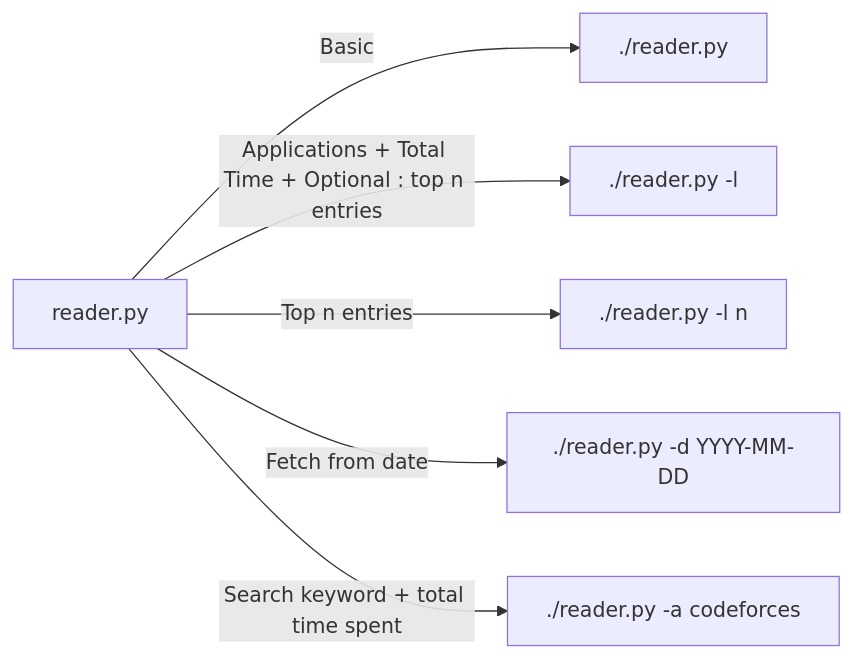
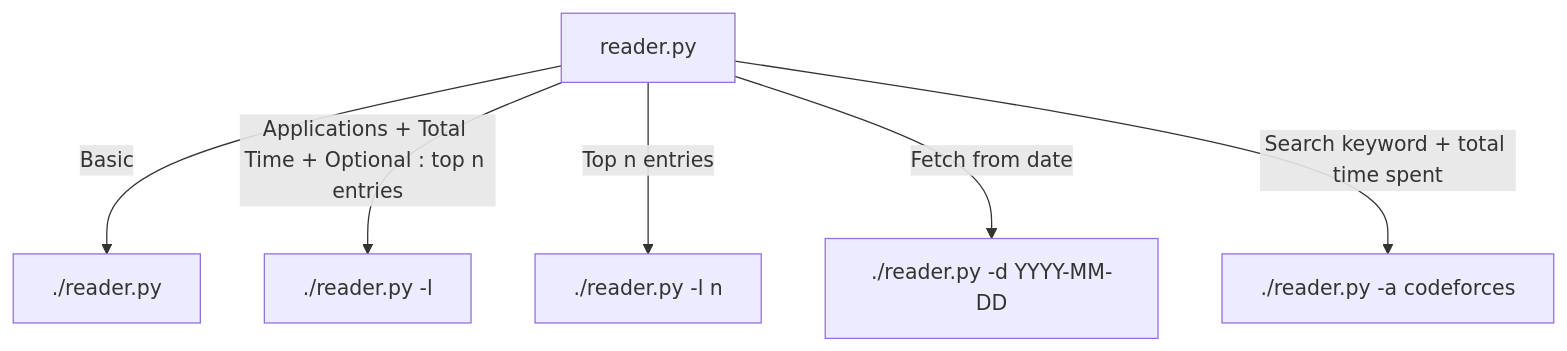
Before and after one commit to kio42069/hyprmonitor: the second of 2 diagrams in README.md, drawn with Mermaid.

````diff
--- a/README.md
+++ b/README.md
@@ -33,8 +33,8 @@
 ```mermaid
-flowchart LR
+flowchart TD
   F[reader.py] --> |Basic| G[./reader.py]
   F[reader.py] --> |Applications + Total Time + Optional : top n entries| H[./reader.py -l]
   F[reader.py] --> |Top n entries| I[./reader.py -l n]
   F[reader.py] --> |Fetch from date| J[./reader.py -d YYYY-MM-DD]
   F[reader.py] --> |Search keyword + total time spent| K[./reader.py -a codeforces]
 ```
````
